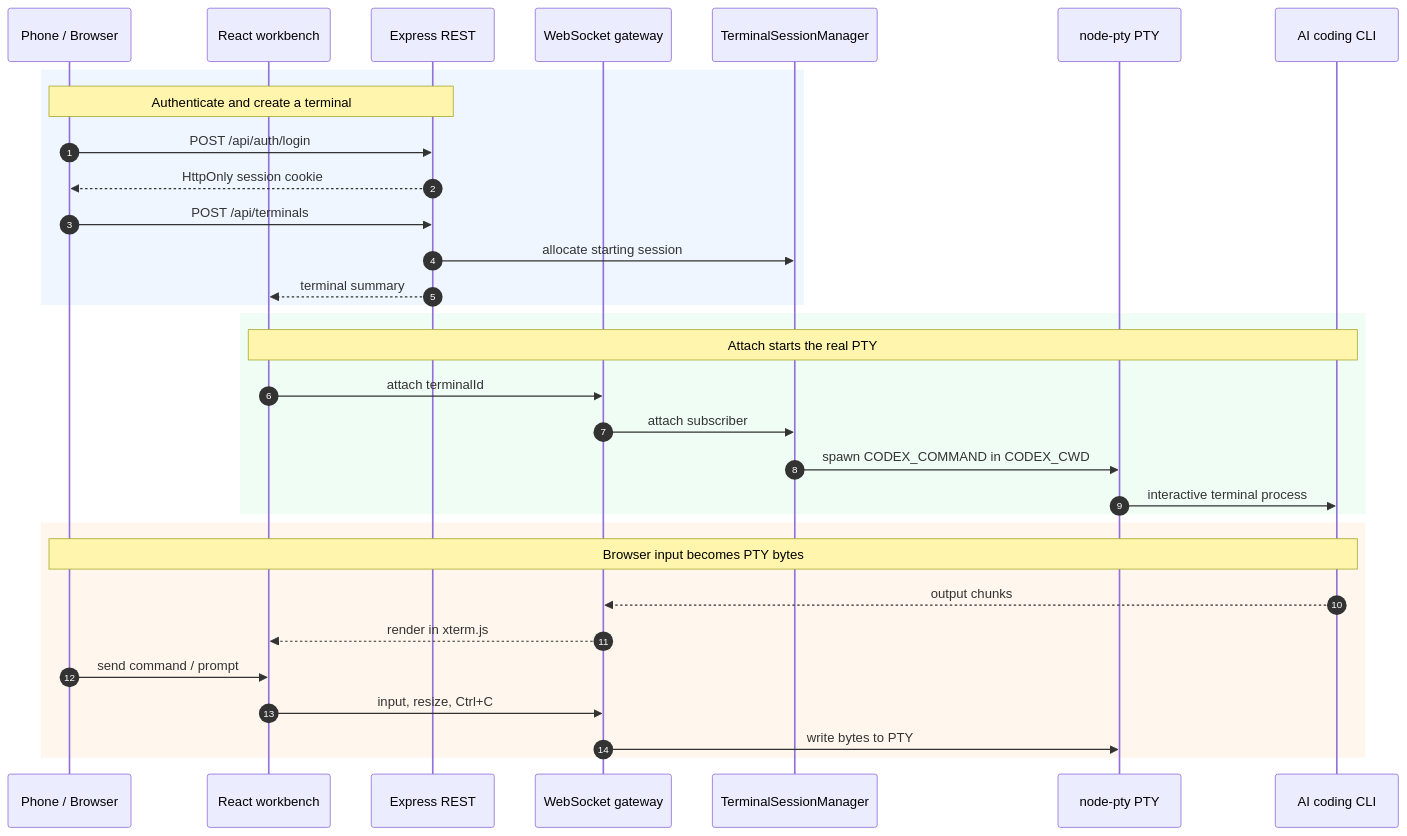
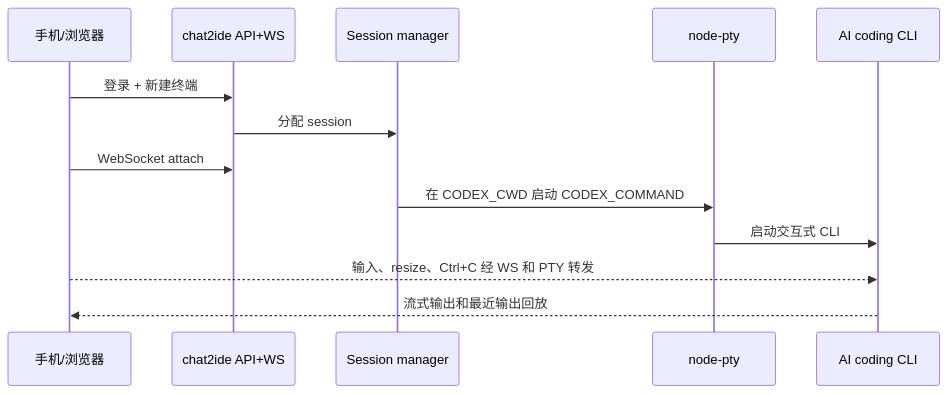
The second of 2 diagrams in README.zh-CN.md (oceanusXXD/chat2ide), drawn with Mermaid before and after one commit. The commit also changed other lines of this file and 2 other files, not shown here.

Commit message:
Document AI coding CLI integration boundaries

````diff
--- a/README.zh-CN.md
+++ b/README.zh-CN.md
@@ -174,37 +305,15 @@
 ```mermaid
 sequenceDiagram
-  autonumber
-  participant User as Phone / Browser
-  participant UI as React workbench
-  participant API as Express REST
-  participant WS as WebSocket gateway
-  participant TM as TerminalSessionManager
-  participant PTY as node-pty PTY
-  participant CLI as AI coding CLI
-
-  rect rgb(239, 246, 255)
-    Note over User,API: Authenticate and create a terminal
-    User->>API: POST /api/auth/login
-    API-->>User: HttpOnly session cookie
-    User->>API: POST /api/terminals
-    API->>TM: allocate starting session
-    API-->>UI: terminal summary
-  end
-
-  rect rgb(240, 253, 244)
-    Note over UI,CLI: Attach starts the real PTY
-    UI->>WS: attach terminalId
-    WS->>TM: attach subscriber
-    TM->>PTY: spawn CODEX_COMMAND in CODEX_CWD
-    PTY->>CLI: interactive terminal process
-  end
-
-  rect rgb(255, 247, 237)
-    Note over User,CLI: Browser input becomes PTY bytes
-    CLI-->>WS: output chunks
-    WS-->>UI: render in xterm.js
-    User->>UI: send command / prompt
-    UI->>WS: input, resize, Ctrl+C
-    WS->>PTY: write bytes to PTY
-  end
+  participant U as 手机/浏览器
+  participant A as chat2ide API+WS
+  participant T as Session manager
+  participant P as node-pty
+  participant C as AI coding CLI
+  U->>A: 登录 + 新建终端
+  A->>T: 分配 session
+  U->>A: WebSocket attach
+  T->>P: 在 CODEX_CWD 启动 CODEX_COMMAND
+  P->>C: 启动交互式 CLI
+  U-->>C: 输入、resize、Ctrl+C 经 WS 和 PTY 转发
+  C-->>U: 流式输出和最近输出回放
 ```
````
